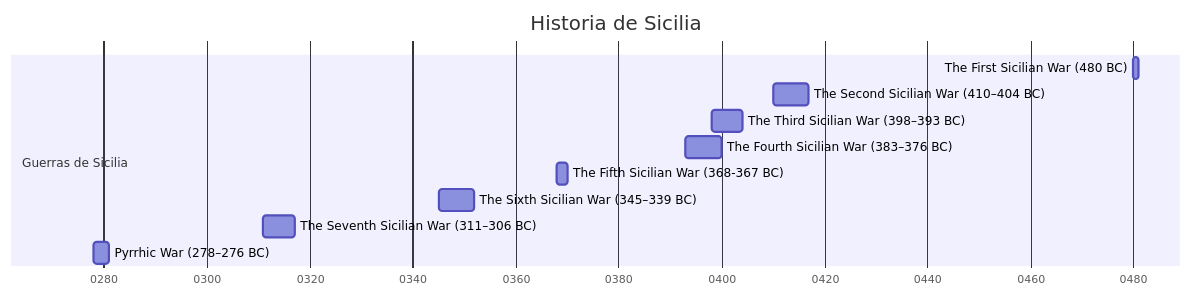
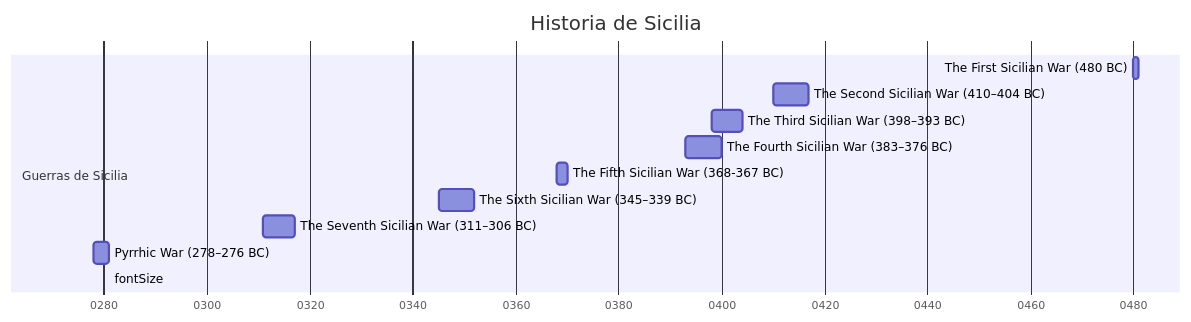
One commit to pajaro1966/Asignaturas changed the diagram in docs/Plutarch_Dion/Geografia_Sicilia.md. Above: the diagram before and after it, drawn with Mermaid. The commit also changed other lines of this file and 3 other files, not shown here.

````diff
--- a/docs/Plutarch_Dion/Geografia_Sicilia.md
+++ b/docs/Plutarch_Dion/Geografia_Sicilia.md
@@ -3,20 +3,22 @@
 ```mermaid
 
 gantt
 
     title Historia de Sicilia
     dateFormat YYYY
     axisFormat %Y
+    tickInterval 10year
     
     section Guerras de Sicilia
         The First Sicilian War (480 BC) : -0480, 1y
         The Second Sicilian War (410–404 BC): -0410, 7y
         The Third Sicilian War (398–393 BC): -0398, 6y
         The Fourth Sicilian War (383–376 BC): -0393, 7y
         The Fifth Sicilian War (368-367 BC): -0368, 2y
         The Sixth Sicilian War (345–339 BC): -0345, 7y
         The Seventh Sicilian War (311–306 BC): -0311, 6y
         Pyrrhic War (278–276 BC): -0278, 3y
 
+  fontSize: 26 // Font size
 
 ```
````
